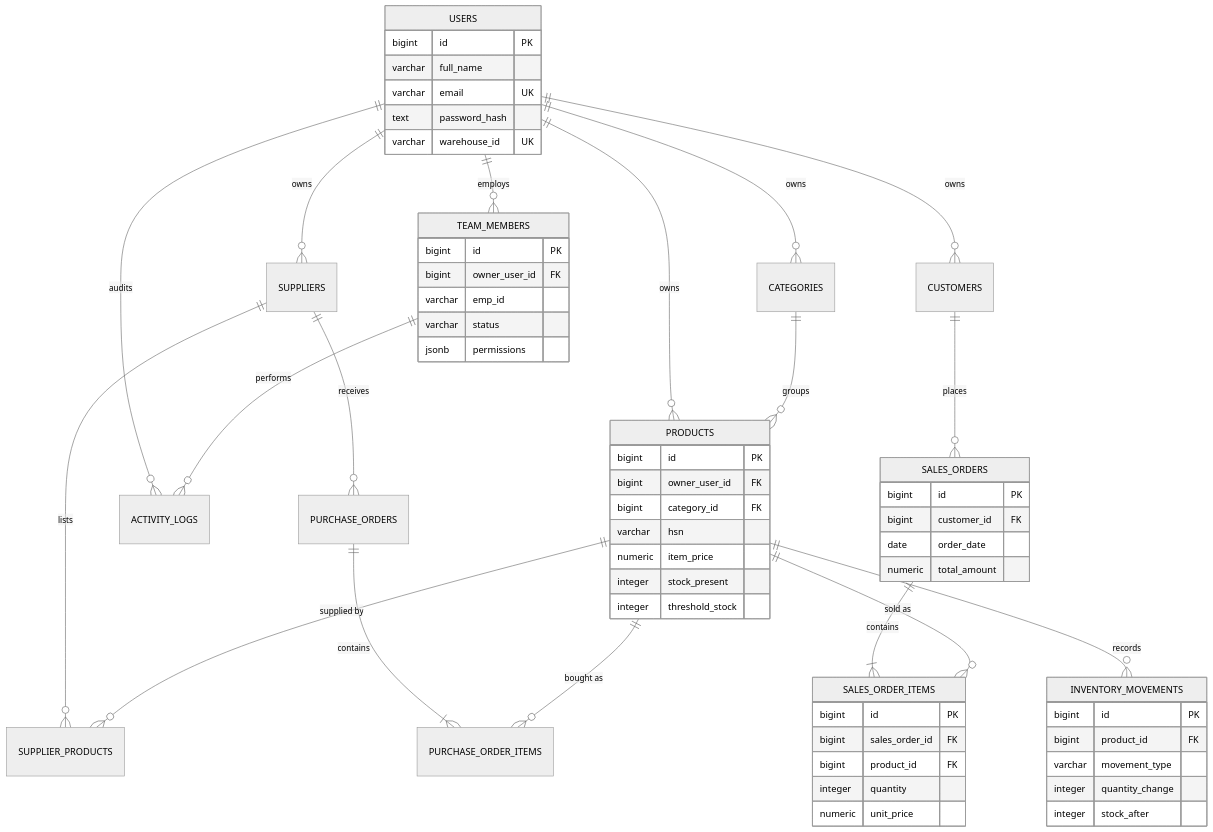
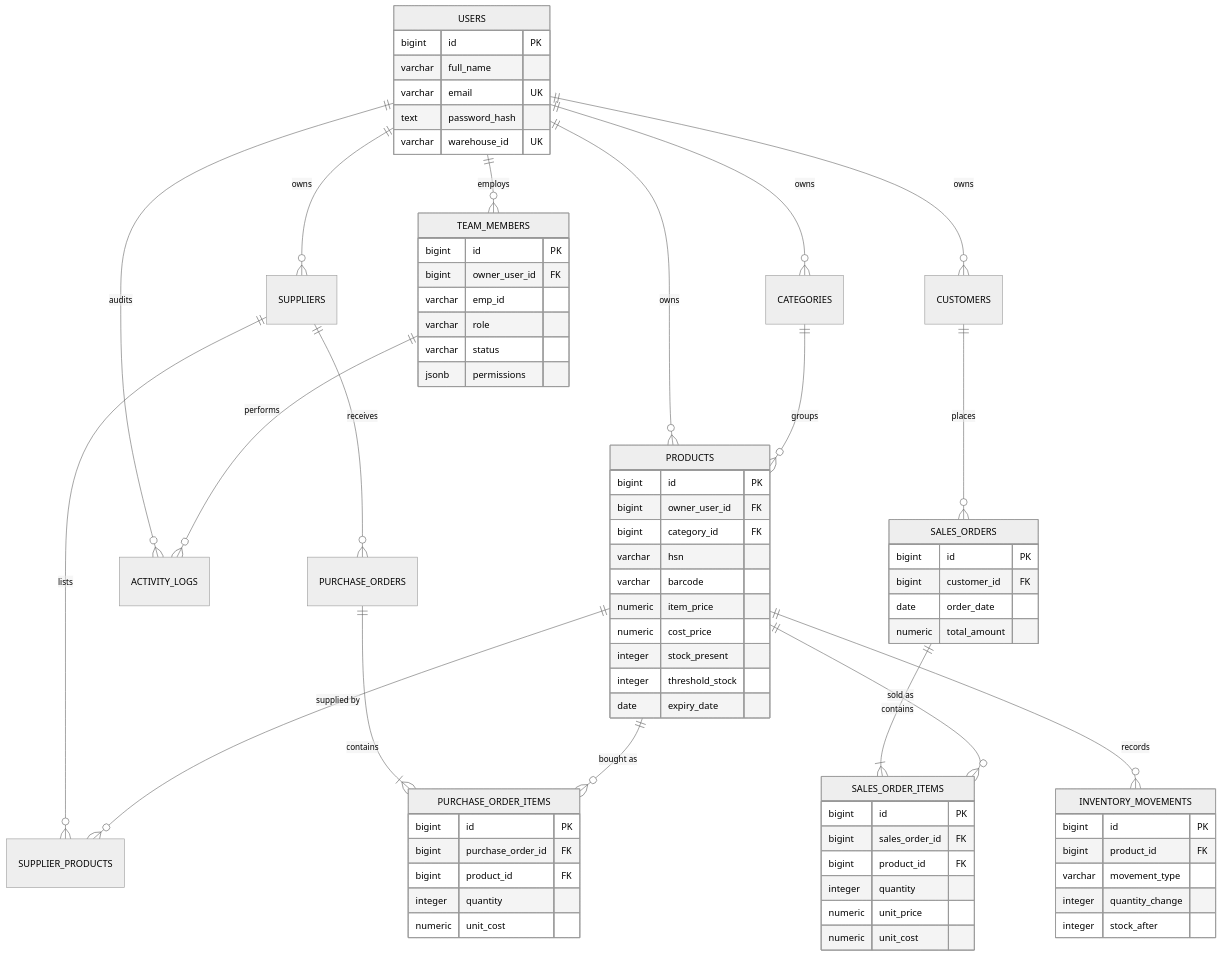
One commit to Somasekhar711/IMS changed the diagram in docs/diagrams/5-er-database.mmd. Above: the diagram before and after it, drawn with Mermaid (neutral theme). The commit also changed 67 other files, not shown here.

First line of the commit message:
docs: SRS v2.0, updated UML diagrams, feature activity/sequence diagrams

```diff
--- a/docs/diagrams/5-er-database.mmd
+++ b/docs/diagrams/5-er-database.mmd
@@ -1,62 +1,74 @@
 erDiagram
   USERS ||--o{ TEAM_MEMBERS : employs
   USERS ||--o{ CATEGORIES : owns
   USERS ||--o{ PRODUCTS : owns
   USERS ||--o{ SUPPLIERS : owns
   USERS ||--o{ CUSTOMERS : owns
   USERS ||--o{ ACTIVITY_LOGS : audits
   CATEGORIES ||--o{ PRODUCTS : groups
   SUPPLIERS ||--o{ SUPPLIER_PRODUCTS : lists
   PRODUCTS ||--o{ SUPPLIER_PRODUCTS : "supplied by"
   SUPPLIERS ||--o{ PURCHASE_ORDERS : receives
   CUSTOMERS ||--o{ SALES_ORDERS : places
   PURCHASE_ORDERS ||--|{ PURCHASE_ORDER_ITEMS : contains
   SALES_ORDERS ||--|{ SALES_ORDER_ITEMS : contains
   PRODUCTS ||--o{ PURCHASE_ORDER_ITEMS : "bought as"
   PRODUCTS ||--o{ SALES_ORDER_ITEMS : "sold as"
   PRODUCTS ||--o{ INVENTORY_MOVEMENTS : records
   TEAM_MEMBERS ||--o{ ACTIVITY_LOGS : performs
 
   USERS {
     bigint id PK
     varchar full_name
     varchar email UK
     text password_hash
     varchar warehouse_id UK
   }
   TEAM_MEMBERS {
     bigint id PK
     bigint owner_user_id FK
     varchar emp_id
+    varchar role
     varchar status
     jsonb permissions
   }
   PRODUCTS {
     bigint id PK
     bigint owner_user_id FK
     bigint category_id FK
     varchar hsn
+    varchar barcode
     numeric item_price
+    numeric cost_price
     integer stock_present
     integer threshold_stock
+    date expiry_date
+  }
+  PURCHASE_ORDER_ITEMS {
+    bigint id PK
+    bigint purchase_order_id FK
+    bigint product_id FK
+    integer quantity
+    numeric unit_cost
   }
   SALES_ORDERS {
     bigint id PK
     bigint customer_id FK
     date order_date
     numeric total_amount
   }
   SALES_ORDER_ITEMS {
     bigint id PK
     bigint sales_order_id FK
     bigint product_id FK
     integer quantity
     numeric unit_price
+    numeric unit_cost
   }
   INVENTORY_MOVEMENTS {
     bigint id PK
     bigint product_id FK
     varchar movement_type
     integer quantity_change
     integer stock_after
   }
```
